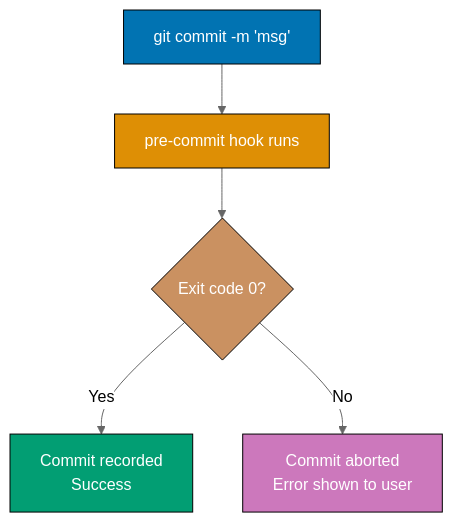
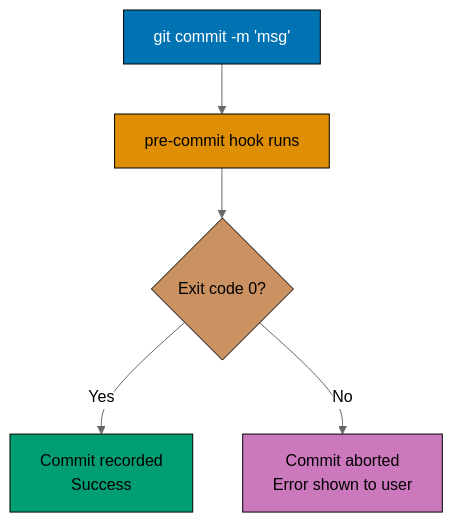
The eighth of 10 diagrams in apps/ayokoding-www/content/en/learn/legacy/software-engineering/automation-tools/git/by-example/intermediate.md (wahidyankf/ose-public), drawn with Mermaid (neutral theme) before and after one commit. The commit also changed other lines of this file and 131 other files, not shown here.

First line of the commit message:
fix(mermaid): bring the legacy data, infrastructure, and testing diagrams onto the accessible palette

````diff
--- a/apps/ayokoding-www/content/en/learn/legacy/software-engineering/automation-tools/git/by-example/intermediate.md
+++ b/apps/ayokoding-www/content/en/learn/legacy/software-engineering/automation-tools/git/by-example/intermediate.md
@@ -820,20 +867,28 @@
 ```mermaid
 %% Color Palette: Blue #0173B2, Orange #DE8F05, Teal #029E73, Purple #CC78BC, Brown #CA9161
 graph TD
+    accTitle: Example 45: Git Hooks
+    accDescr: Graph with 5 nodes and 4 connections. Nodes: git commit -m msg, pre-commit hook runs, Exit code 0?, Commit recorded Success, Commit aborted Error shown to user. Connections: git commit -m msg to pre-commit hook runs, pre-commit hook runs to Exit code 0?, Exit code 0? to Commit recorded Success (Yes), Exit code 0? to Commit aborted Error shown to user (No).
     A["git commit -m 'msg'"]
     B["pre-commit hook runs"]
     C{"Exit code 0?"}
     D["Commit recorded<br/>Success"]
     E["Commit aborted<br/>Error shown to user"]
 
     A --> B
     B --> C
     C -->|Yes| D
     C -->|No| E
 
-    style A fill:#0173B2,stroke:#000,color:#fff
-    style B fill:#DE8F05,stroke:#000,color:#fff
-    style C fill:#CA9161,stroke:#000,color:#fff
-    style D fill:#029E73,stroke:#000,color:#fff
-    style E fill:#CC78BC,stroke:#000,color:#fff
+    classDef pal-0173B2 fill:#0173B2,stroke:#000000,color:#FFFFFF
+    class A pal-0173B2
+    classDef pal-DE8F05 fill:#DE8F05,stroke:#000000,color:#000000
+    class B pal-DE8F05
+    classDef pal-CA9161 fill:#CA9161,stroke:#000000,color:#000000
+    class C pal-CA9161
+    classDef pal-029E73 fill:#029E73,stroke:#000000,color:#000000
+    class D pal-029E73
+    classDef pal-CC78BC fill:#CC78BC,stroke:#000000,color:#000000
+    class E pal-CC78BC
+    classDef default fill:#FFFFFF,stroke:#000000,color:#000000
 ```
````
